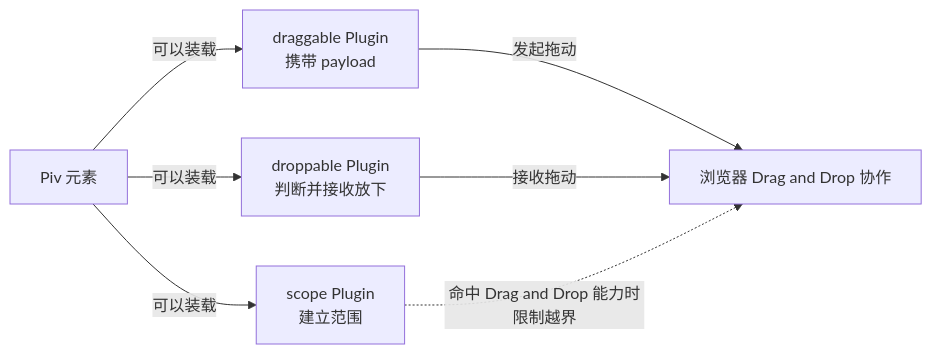
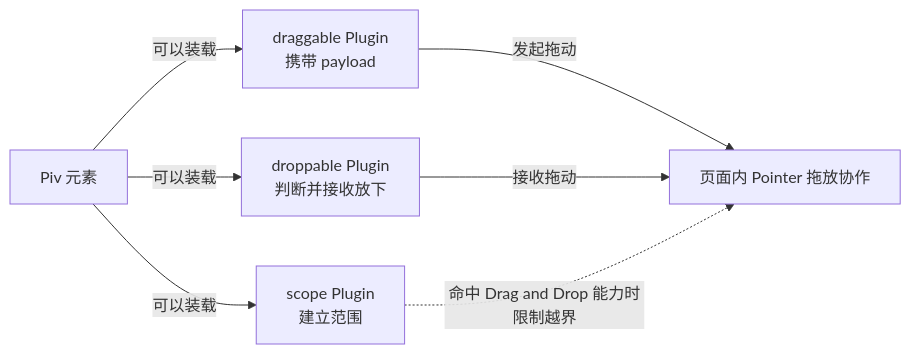
The diagram in docs/guide/DragAndDrop基础能力.md (edsolater/uikit), drawn with Mermaid before and after one commit. The commit also changed other lines of this file and 32 other files, not shown here.

Commit message:
🚧 drag and drop （drag 成功 drop失败）

````diff
--- a/docs/guide/DragAndDrop基础能力.md
+++ b/docs/guide/DragAndDrop基础能力.md
@@ -30,15 +37,15 @@
 ```mermaid
 flowchart LR
   Piv[Piv 元素]
   Scope[scope Plugin<br/>建立范围]
   Draggable[draggable Plugin<br/>携带 payload]
   Droppable[droppable Plugin<br/>判断并接收放下]
-  DnD[浏览器 Drag and Drop 协作]
+  DnD[页面内 Pointer 拖放协作]
 
   Piv -->|可以装载| Scope
   Piv -->|可以装载| Draggable
   Piv -->|可以装载| Droppable
   Draggable -->|发起拖动| DnD
   Droppable -->|接收拖动| DnD
   Scope -.命中 Drag and Drop 能力时限制越界.-> DnD
 ```
````
